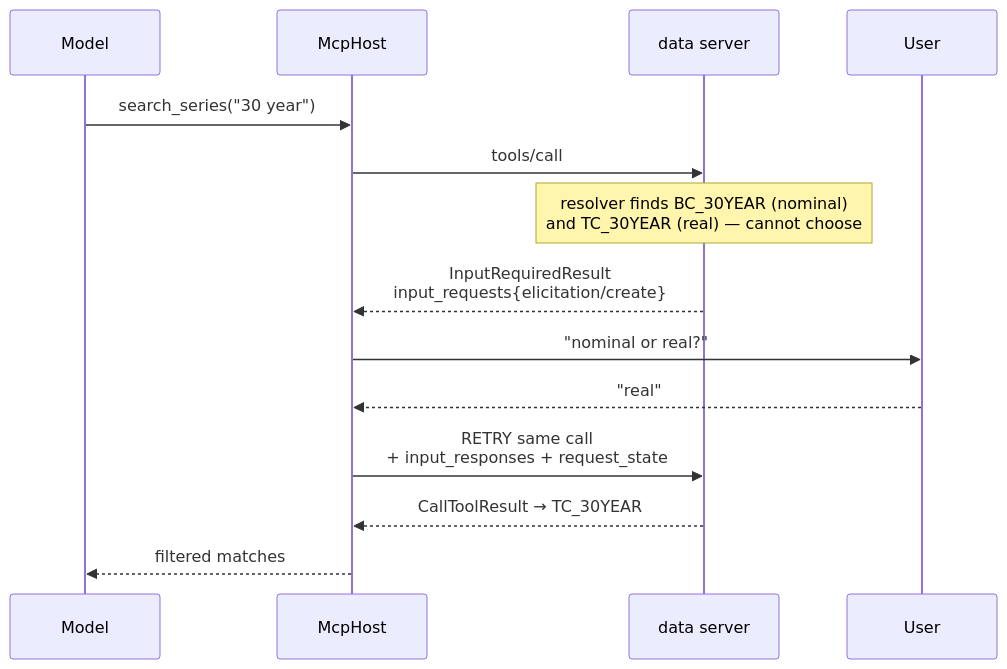
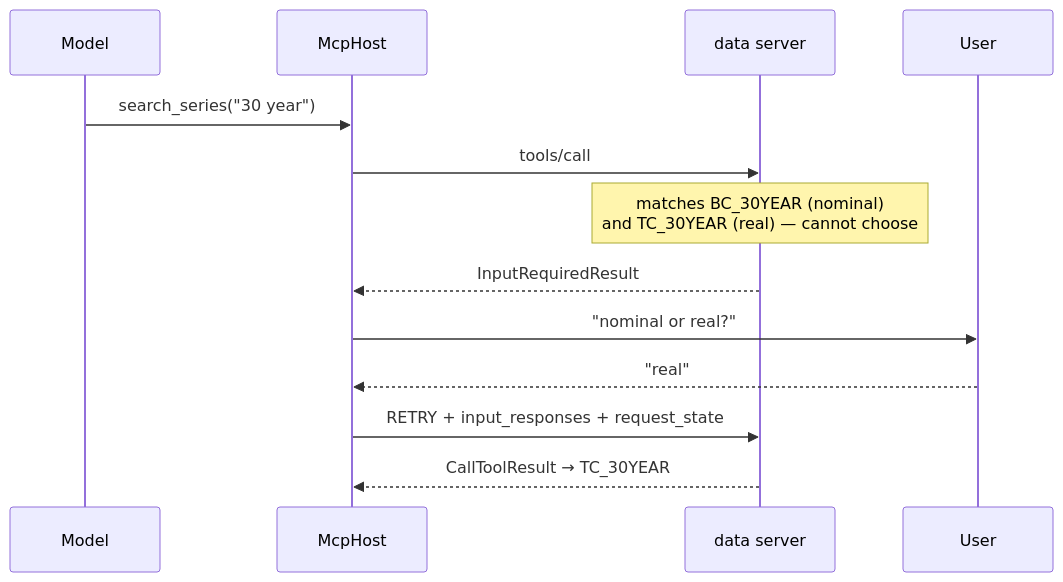
One commit to KrishnaAnnavaram/semantic-mcp-data-access-gateway changed the seventh of 7 diagrams in README.md. Above: the diagram before and after it, drawn with Mermaid. The commit also changed other lines of this file, not shown here.

First line of the commit message:
docs: complete end-to-end README with high-level and detailed diagrams

````diff
--- a/README.md
+++ b/README.md
@@ -347,17 +400,15 @@
 ```mermaid
 sequenceDiagram
     participant M as Model
     participant H as McpHost
     participant S as data server
     participant U as User
-
     M->>H: search_series("30 year")
     H->>S: tools/call
-    Note over S: resolver finds BC_30YEAR (nominal)<br/>and TC_30YEAR (real) — cannot choose
-    S-->>H: InputRequiredResult<br/>input_requests{elicitation/create}
+    Note over S: matches BC_30YEAR (nominal)<br/>and TC_30YEAR (real) — cannot choose
+    S-->>H: InputRequiredResult
     H->>U: "nominal or real?"
     U-->>H: "real"
-    H->>S: RETRY same call<br/>+ input_responses + request_state
+    H->>S: RETRY + input_responses + request_state
     S-->>H: CallToolResult → TC_30YEAR
-    H-->>M: filtered matches
 ```
````
